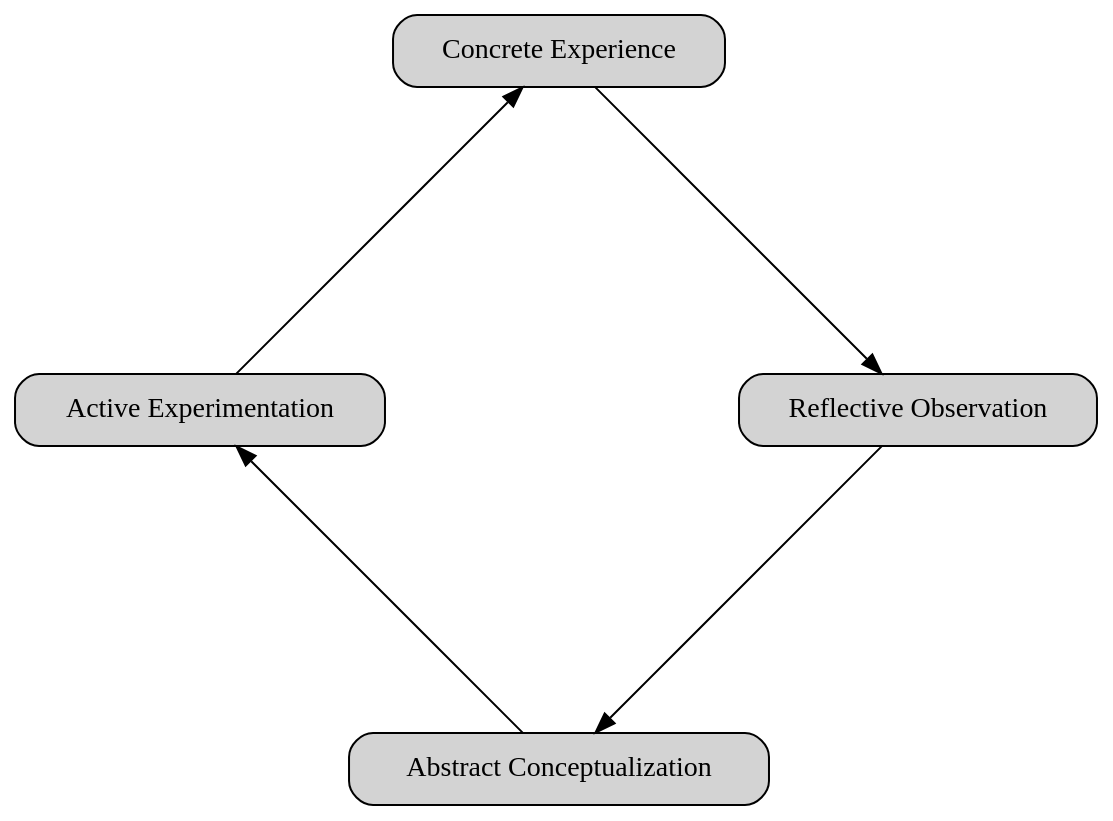
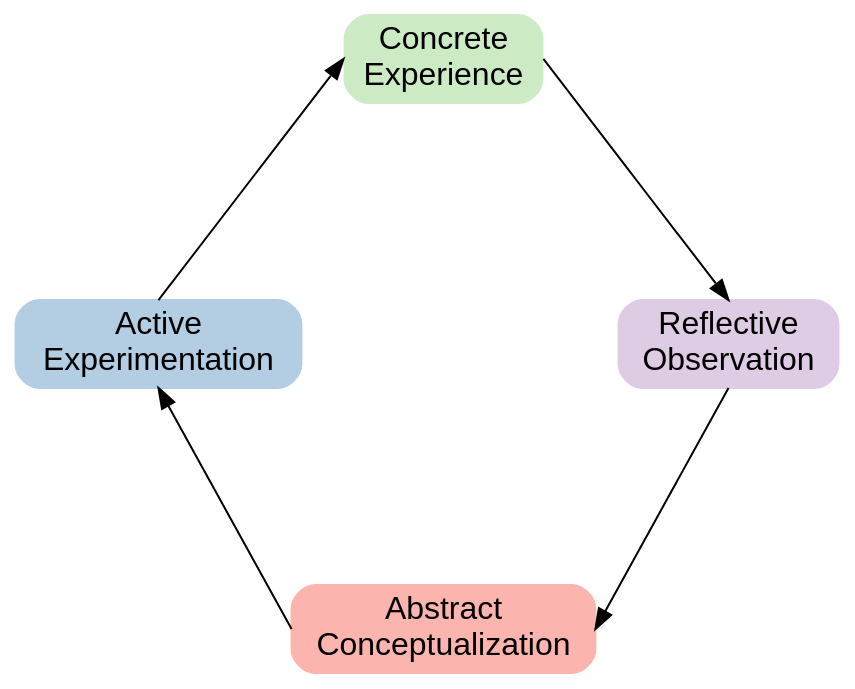
The diagram in kolb.gv (jncraton/glitch-case-studies), drawn with Graphviz before and after one commit.

Commit message:
Adjust graph style

```diff
--- a/kolb.gv
+++ b/kolb.gv
@@ -1,18 +1,18 @@
 digraph Kolb {
         layout=circo;
         rankdir=LR;
         bgcolor="transparent";
-        node [shape=box, style="filled,rounded", fillcolor=lightgray];
+        node [shape=box, style="filled,rounded", fontsize=16,fontname="sans-serif",colorscheme=pastel14];
     
         // Nodes for the four stages
-        AC [label="Abstract Conceptualization"];
-        AE [label="Active Experimentation"];
-        CE [label="Concrete Experience"];
-        RO [label="Reflective Observation"];
+        AC [label="Abstract\nConceptualization", color=1];
+        AE [label="Active\nExperimentation", color=2];
+        CE [label="Concrete\nExperience", color=3];
+        RO [label="Reflective\nObservation", color=4];
     
         // Edges to form the cycle
-        CE -> RO;
-        RO -> AC;
-        AC -> AE;
-        AE -> CE;
+        AC:w -> AE:s;
+        AE:n -> CE:w;
+        CE:e -> RO:n;
+        RO:s -> AC:e;
     }
```
